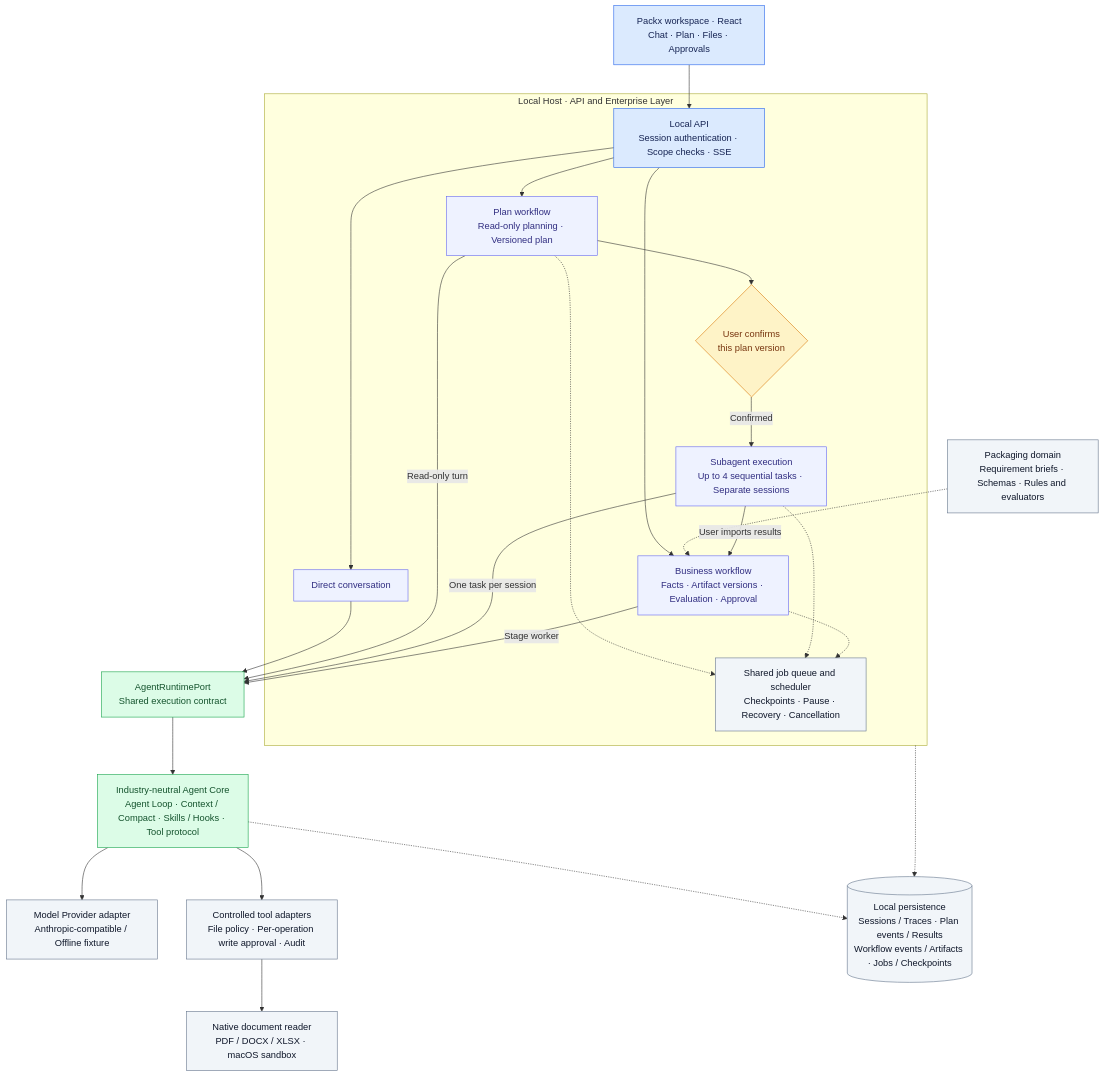
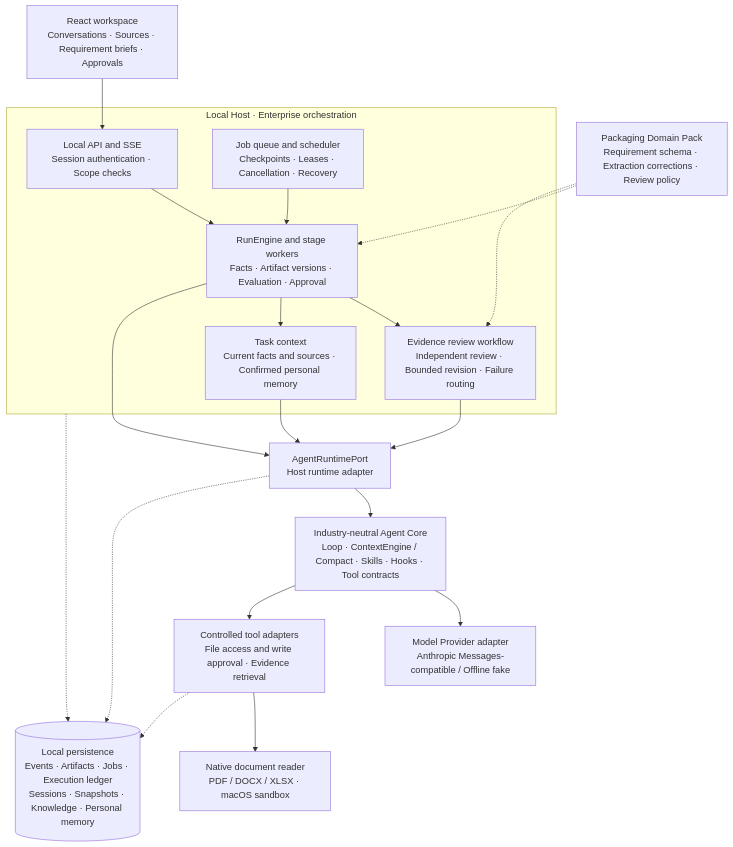
The second of 2 diagrams in README.md (B1ackB/Packx), drawn with Mermaid before and after one commit. The commit also changed other lines of this file and 2 other files, not shown here.

Commit message:
docs: refresh bilingual README workflow and architecture

````diff
--- a/README.md
+++ b/README.md
@@ -109,55 +59,38 @@
 ```mermaid
 flowchart TB
-	UI["Packx workspace · React<br/>Chat · Plan · Files · Approvals"]
+	UI["React workspace<br/>Conversations · Sources · Requirement briefs · Approvals"]
+	DOMAIN["Packaging Domain Pack<br/>Requirement schema · Extraction corrections · Review policy"]
 
-	subgraph HOST["Local Host · API and Enterprise Layer"]
-		API["Local API<br/>Session authentication · Scope checks · SSE"]
-		CHAT["Direct conversation"]
-		PLAN["Plan workflow<br/>Read-only planning · Versioned plan"]
-		CONFIRM{"User confirms<br/>this plan version"}
-		CHILD["Subagent execution<br/>Up to 4 sequential tasks · Separate sessions"]
-		WORKFLOW["Business workflow<br/>Facts · Artifact versions · Evaluation · Approval"]
-		JOBS["Shared job queue and scheduler<br/>Checkpoints · Pause · Recovery · Cancellation"]
-		API --> CHAT
-		API --> PLAN
+	subgraph HOST["Local Host · Enterprise orchestration"]
+		API["Local API and SSE<br/>Session authentication · Scope checks"]
+		WORKFLOW["RunEngine and stage workers<br/>Facts · Artifact versions · Evaluation · Approval"]
+		REVIEW["Evidence review workflow<br/>Independent review · Bounded revision · Failure routing"]
+		JOBS["Job queue and scheduler<br/>Checkpoints · Leases · Cancellation · Recovery"]
+		CONTEXT["Task context<br/>Current facts and sources · Confirmed personal memory"]
 		API --> WORKFLOW
-		PLAN --> CONFIRM
-		CONFIRM -->|Confirmed| CHILD
-		PLAN -.-> JOBS
-		CHILD -.-> JOBS
-		WORKFLOW -.-> JOBS
+		WORKFLOW --> REVIEW
+		JOBS --> WORKFLOW
+		WORKFLOW --> CONTEXT
 	end
 
-	DOMAIN["Packaging domain<br/>Requirement briefs · Schemas · Rules and evaluators"]
-	PORT["AgentRuntimePort<br/>Shared execution contract"]
-	CORE["Industry-neutral Agent Core<br/>Agent Loop · Context / Compact · Skills / Hooks · Tool protocol"]
-	MODEL["Model Provider adapter<br/>Anthropic-compatible / Offline fixture"]
-	TOOLS["Controlled tool adapters<br/>File policy · Per-operation write approval · Audit"]
+	PORT["AgentRuntimePort<br/>Host runtime adapter"]
+	CORE["Industry-neutral Agent Core<br/>Loop · ContextEngine / Compact · Skills · Hooks · Tool contracts"]
+	PROVIDER["Model Provider adapter<br/>Anthropic Messages-compatible / Offline fake"]
+	TOOLS["Controlled tool adapters<br/>File access and write approval · Evidence retrieval"]
 	NATIVE["Native document reader<br/>PDF / DOCX / XLSX · macOS sandbox"]
-	STORE[("Local persistence<br/>Sessions / Traces · Plan events / Results<br/>Workflow events / Artifacts · Jobs / Checkpoints")]
+	STORE[("Local persistence<br/>Events · Artifacts · Jobs · Execution ledger<br/>Sessions · Snapshots · Knowledge · Personal memory")]
 
 	UI --> API
 	DOMAIN -.-> WORKFLOW
-	CHAT --> PORT
-	PLAN -->|Read-only turn| PORT
-	CHILD -->|User imports results| WORKFLOW
-	CHILD -->|One task per session| PORT
-	WORKFLOW -->|Stage worker| PORT
+	DOMAIN -.-> REVIEW
+	WORKFLOW --> PORT
+	REVIEW --> PORT
+	CONTEXT --> PORT
 	PORT --> CORE
-	CORE --> MODEL
+	CORE --> PROVIDER
 	CORE --> TOOLS
 	TOOLS --> NATIVE
 	HOST -.-> STORE
-	CORE -.-> STORE
-
-	classDef entry fill:#dbeafe,stroke:#2563eb,color:#172554
-	classDef orchestration fill:#eef2ff,stroke:#6366f1,color:#312e81
-	classDef gate fill:#fef3c7,stroke:#d97706,color:#78350f
-	classDef runtime fill:#dcfce7,stroke:#16a34a,color:#14532d
-	classDef infrastructure fill:#f1f5f9,stroke:#64748b,color:#0f172a
-	class UI,API entry
-	class CHAT,PLAN,CHILD,WORKFLOW orchestration
-	class CONFIRM gate
-	class PORT,CORE runtime
-	class DOMAIN,JOBS,MODEL,TOOLS,NATIVE,STORE infrastructure
+	PORT -.-> STORE
+	TOOLS -.-> STORE
 ```
````
